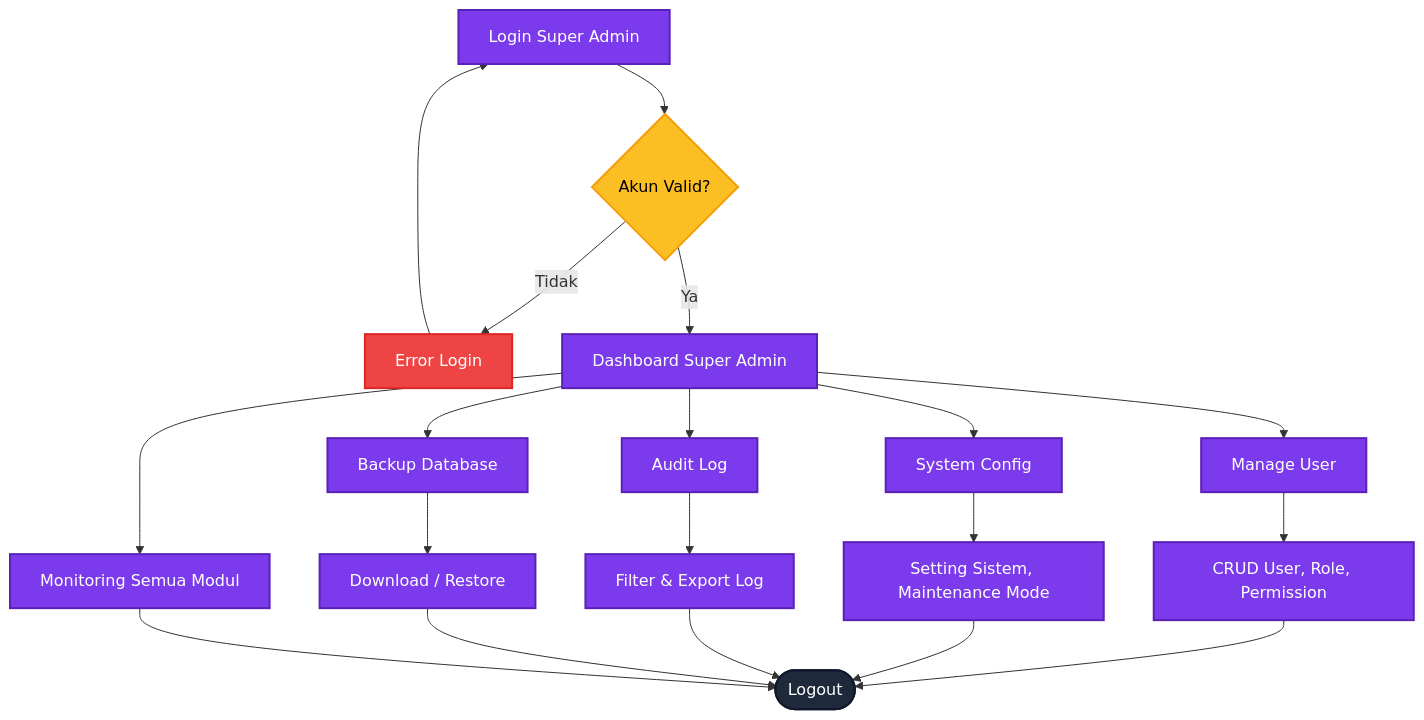
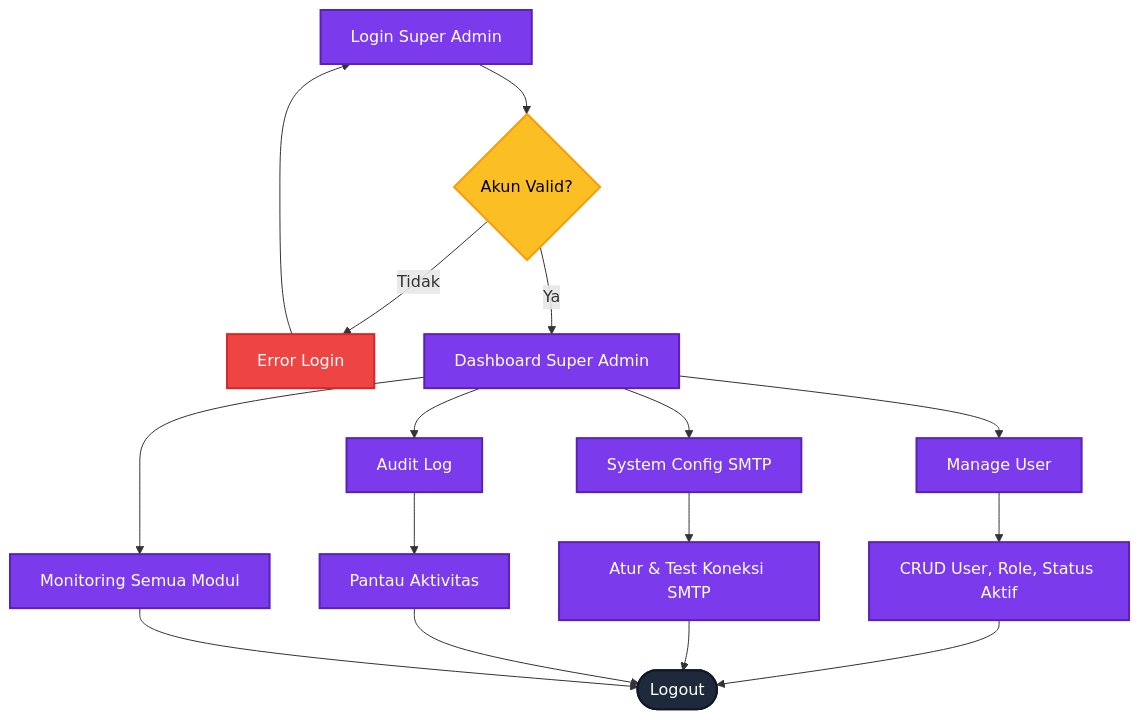
Before and after one commit to nirwana-tim/Horizon-UniStock: the fifth of 6 diagrams in docs/project/flowchart.md, drawn with Mermaid. The commit also changed other lines of this file and 27 other files, not shown here.

````diff
--- a/docs/project/flowchart.md
+++ b/docs/project/flowchart.md
@@ -270,38 +258,34 @@
 ```mermaid
 flowchart TD
     classDef superAdmin fill:#7c3aed,color:#fff,stroke:#5b21b6,stroke-width:2px
     classDef decision fill:#fbbf24,color:#000,stroke:#f59e0b,stroke-width:2px
     classDef error fill:#ef4444,color:#fff,stroke:#dc2626,stroke-width:2px
     classDef startEnd fill:#1e293b,color:#fff,stroke:#0f172a,stroke-width:2px
     classDef process fill:#8b5cf6,color:#fff,stroke:#7c3aed,stroke-width:1px
 
     A1[Login Super Admin] --> A2{Akun Valid?}
     A2 -->|Tidak| A3[Error Login]
     A3 --> A1
     A2 -->|Ya| A4[Dashboard Super Admin]
 
     A4 --> A5[Manage User]
-    A5 --> A6[CRUD User, Role, Permission]
+    A5 --> A6[CRUD User, Role, Status Aktif]
 
-    A4 --> A7[System Config]
-    A7 --> A8[Setting Sistem, Maintenance Mode]
+    A4 --> A7[System Config SMTP]
+    A7 --> A8[Atur & Test Koneksi SMTP]
 
     A4 --> A9[Audit Log]
-    A9 --> A10[Filter & Export Log]
-
-    A4 --> A11[Backup Database]
-    A11 --> A12[Download / Restore]
+    A9 --> A10[Pantau Aktivitas]
 
     A4 --> A13[Monitoring Semua Modul]
 
     A6 --> E4([Logout])
     A8 --> E4
     A10 --> E4
-    A12 --> E4
     A13 --> E4
 
-    class A1,A4,A5,A6,A7,A8,A9,A10,A11,A12,A13 superAdmin
+    class A1,A4,A5,A6,A7,A8,A9,A10,A13 superAdmin
     class A2 decision
     class A3 error
     class E4 startEnd
 ```
````
